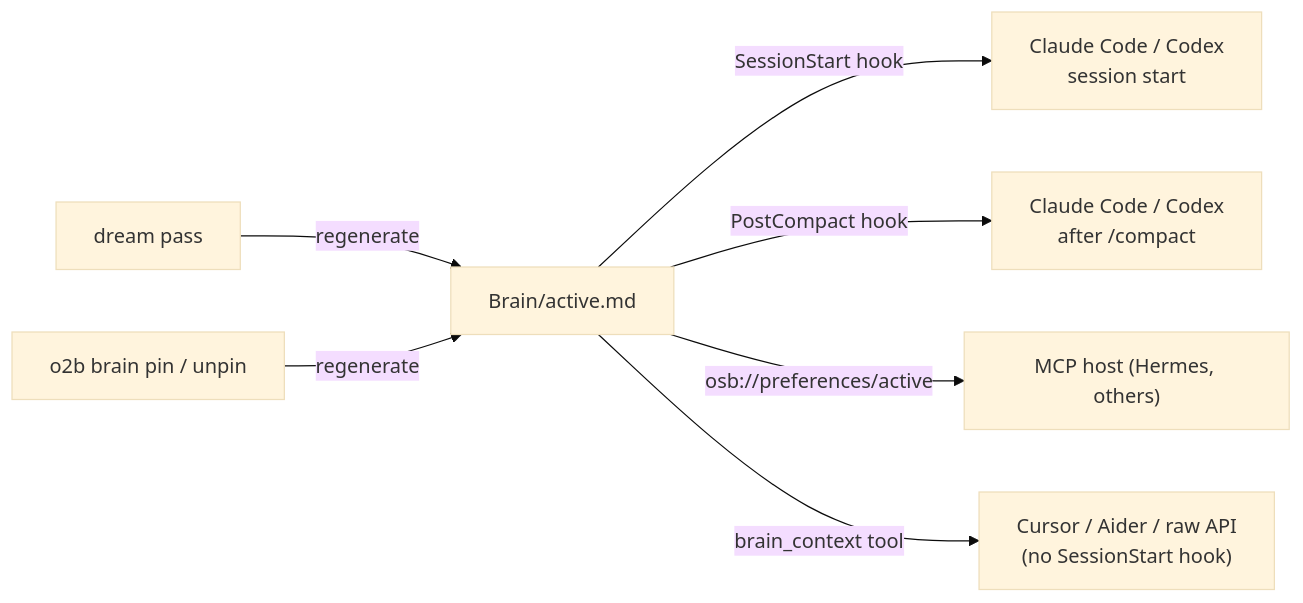
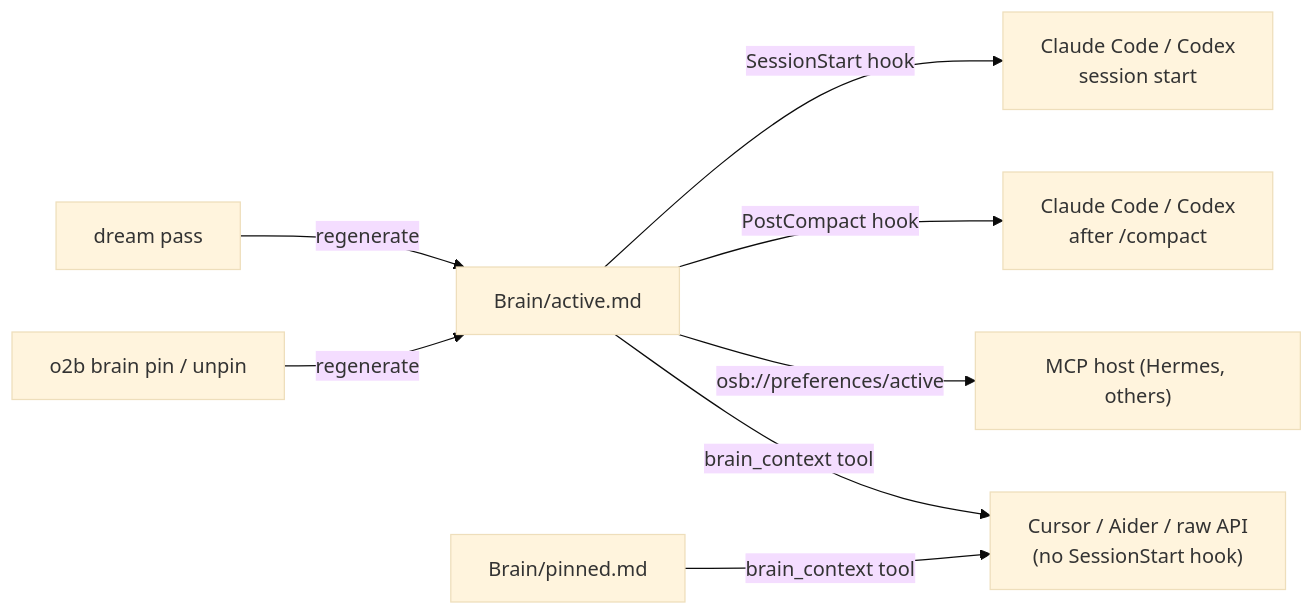
One commit to itechmeat/open-second-brain changed the sixth of 12 diagrams in docs/how-it-works.md. Above: the diagram before and after it, drawn with Mermaid (base theme). The commit also changed other lines of this file and 43 other files, not shown here.

First line of the commit message:
v0.16.0 - Agent boundary control surfaces: pinned context, Markdown links, MCP output contracts (#43)

````diff
--- a/docs/how-it-works.md
+++ b/docs/how-it-works.md
@@ -328,9 +328,10 @@
 ```mermaid
 flowchart LR
     Dream[dream pass] -- regenerate --> Active[Brain/active.md]
     Pin[o2b brain pin / unpin] -- regenerate --> Active
     Active -- SessionStart hook --> ClaudeStart["Claude Code / Codex<br/>session start"]
     Active -- PostCompact hook --> ClaudeCompact["Claude Code / Codex<br/>after /compact"]
     Active -- "osb://preferences/active" --> MCPHost["MCP host (Hermes, others)"]
     Active -- "brain_context tool" --> PullRT["Cursor / Aider / raw API<br/>(no SessionStart hook)"]
+    Pinned[Brain/pinned.md] -- "brain_context tool" --> PullRT
 ```
````
